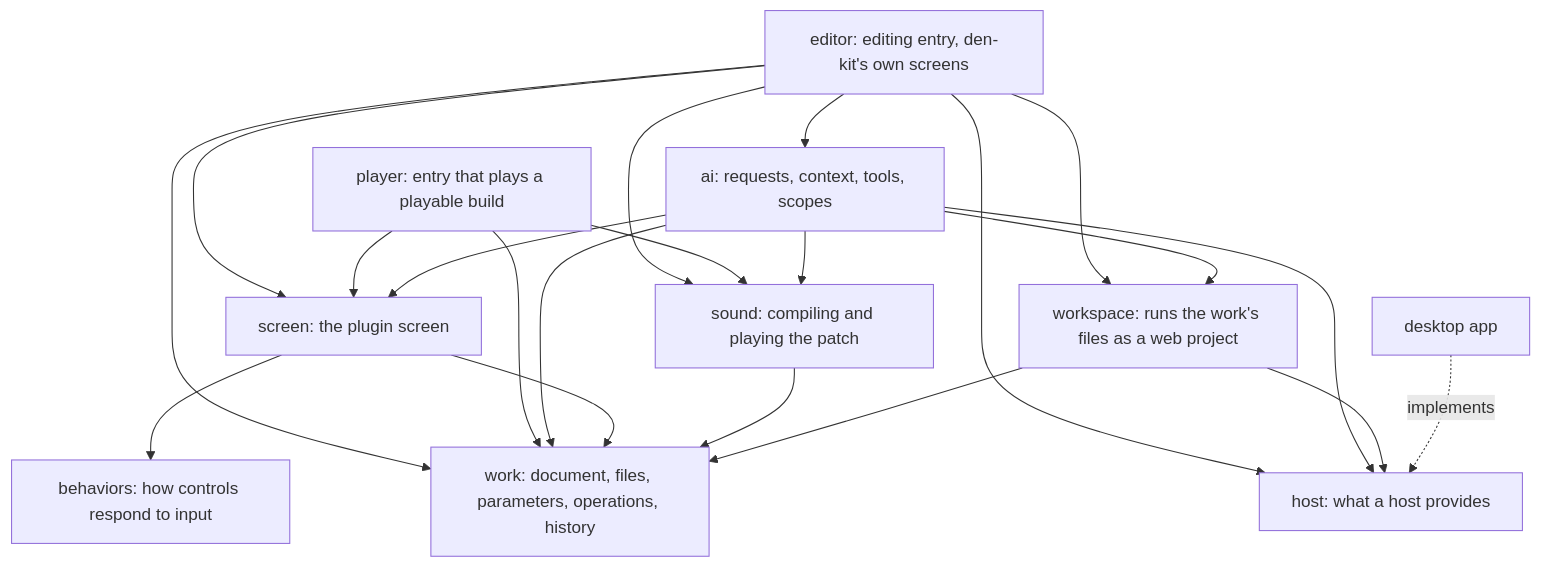
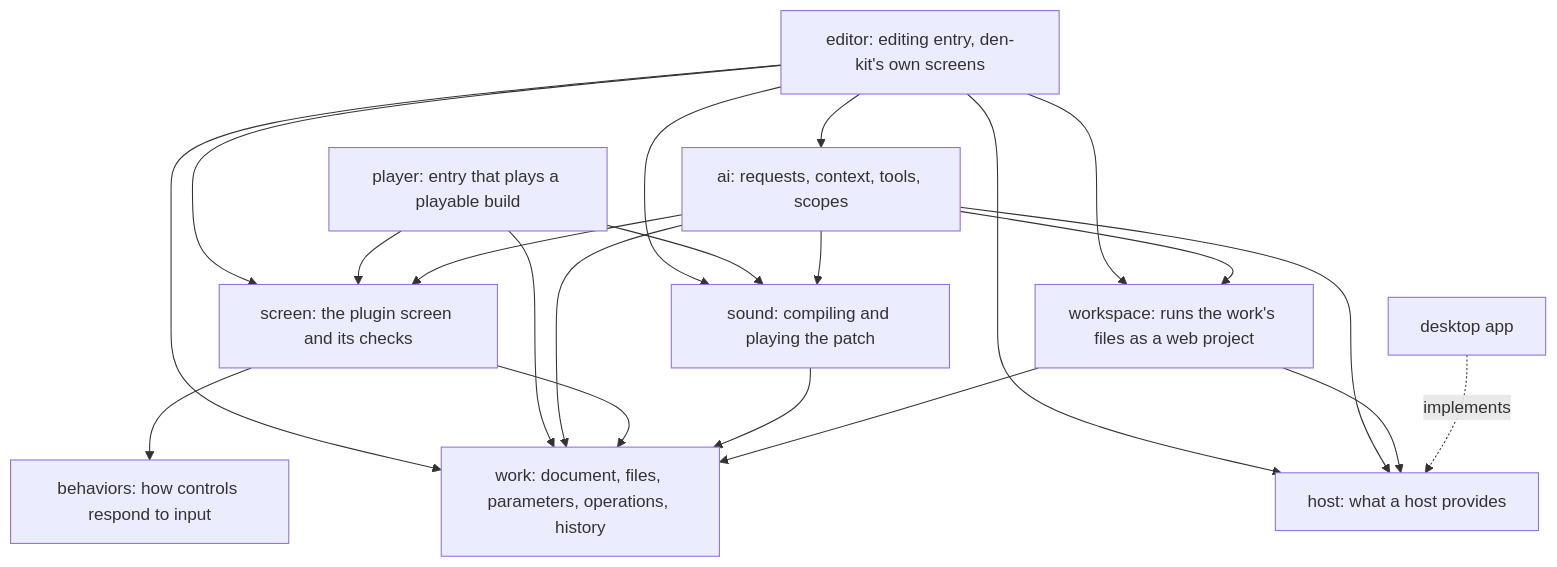
One commit to yuichkun/den-kit changed the first of 2 diagrams in docs/architecture.md. Above: the diagram before and after it, drawn with Mermaid. The commit also changed other lines of this file, not shown here.

First line of the commit message:
Fill in the parts of the design the architecture left out

````diff
--- a/docs/architecture.md
+++ b/docs/architecture.md
@@ -31,20 +31,20 @@
 ```mermaid
 flowchart TD
   editor["editor: editing entry, den-kit's own screens"]
   player["player: entry that plays a playable build"]
   ai["ai: requests, context, tools, scopes"]
-  screen["screen: the plugin screen"]
+  screen["screen: the plugin screen and its checks"]
   sound["sound: compiling and playing the patch"]
   workspace["workspace: runs the work's files as a web project"]
   behaviors["behaviors: how controls respond to input"]
   work["work: document, files, parameters, operations, history"]
   host["host: what a host provides"]
   desktop["desktop app"]
   editor --> ai & screen & sound & workspace & work & host
   player --> screen & sound & work
   ai --> screen & sound & workspace & work & host
   screen --> behaviors & work
   sound --> work
   workspace --> work & host
   desktop -. implements .-> host
 ```
````
